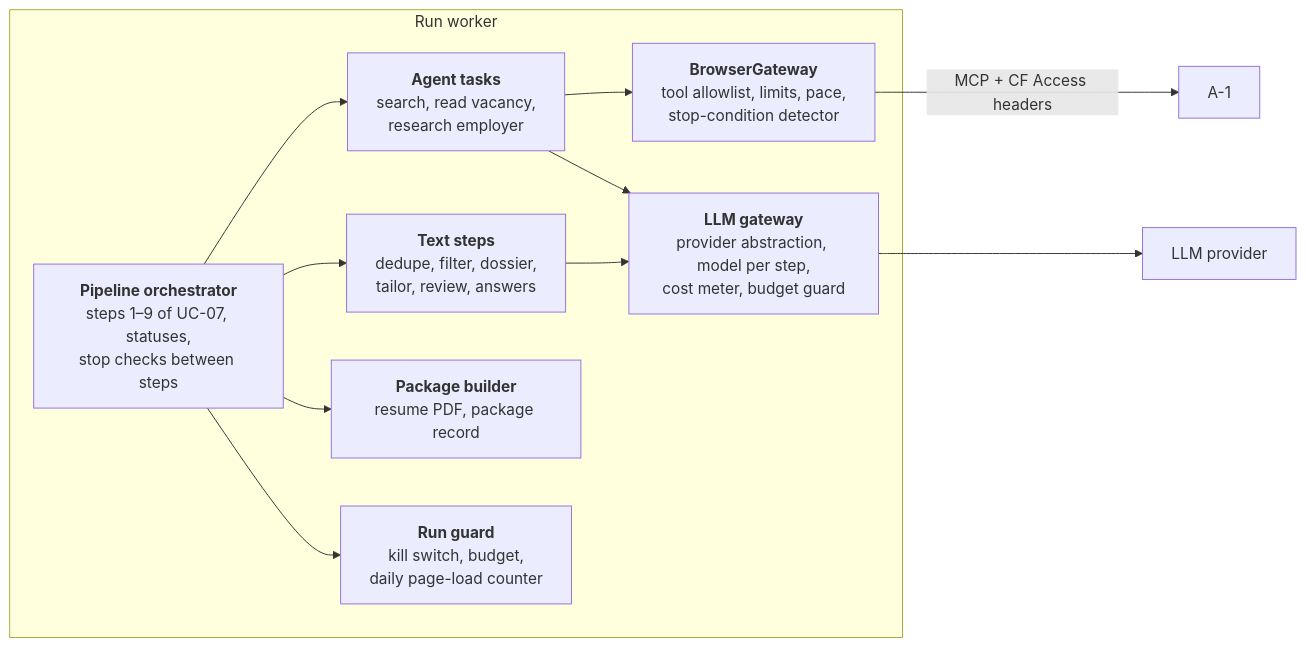
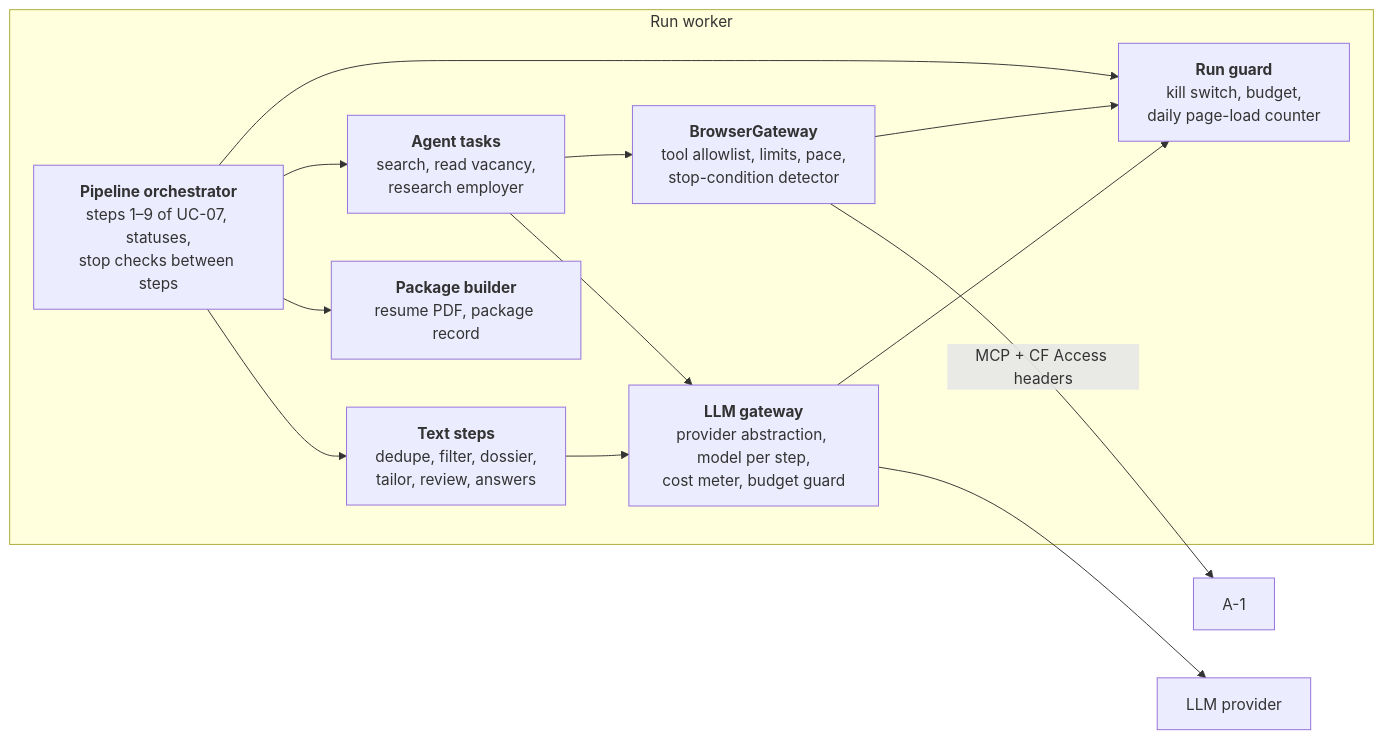
Before and after one commit to ArtemenkoAndrii/job-assistant: the third of 5 diagrams in docs/architecture.md, drawn with Mermaid. The commit also changed other lines of this file, not shown here.

First line of the commit message:
Architecture draft: fixes from the verifier

````diff
--- a/docs/architecture.md
+++ b/docs/architecture.md
@@ -89,24 +91,26 @@
 ```mermaid
 flowchart LR
     subgraph worker["Run worker"]
         orch["<b>Pipeline orchestrator</b><br/>steps 1–9 of UC-07, statuses,<br/>stop checks between steps"]
         agents["<b>Agent tasks</b><br/>search, read vacancy,<br/>research employer"]
         steps["<b>Text steps</b><br/>dedupe, filter, dossier,<br/>tailor, review, answers"]
         pdf["<b>Package builder</b><br/>resume PDF, package record"]
         bg["<b>BrowserGateway</b><br/>tool allowlist, limits, pace,<br/>stop-condition detector"]
         lg["<b>LLM gateway</b><br/>provider abstraction, model per step,<br/>cost meter, budget guard"]
         guard["<b>Run guard</b><br/>kill switch, budget,<br/>daily page-load counter"]
     end
     a1["A-1"]
     llm["LLM provider"]
 
     orch --> agents
     orch --> steps
     orch --> pdf
     orch --> guard
     agents --> bg
     agents --> lg
     steps --> lg
+    bg --> guard
+    lg --> guard
     bg -- "MCP + CF Access headers" --> a1
     lg --> llm
 ```
````
